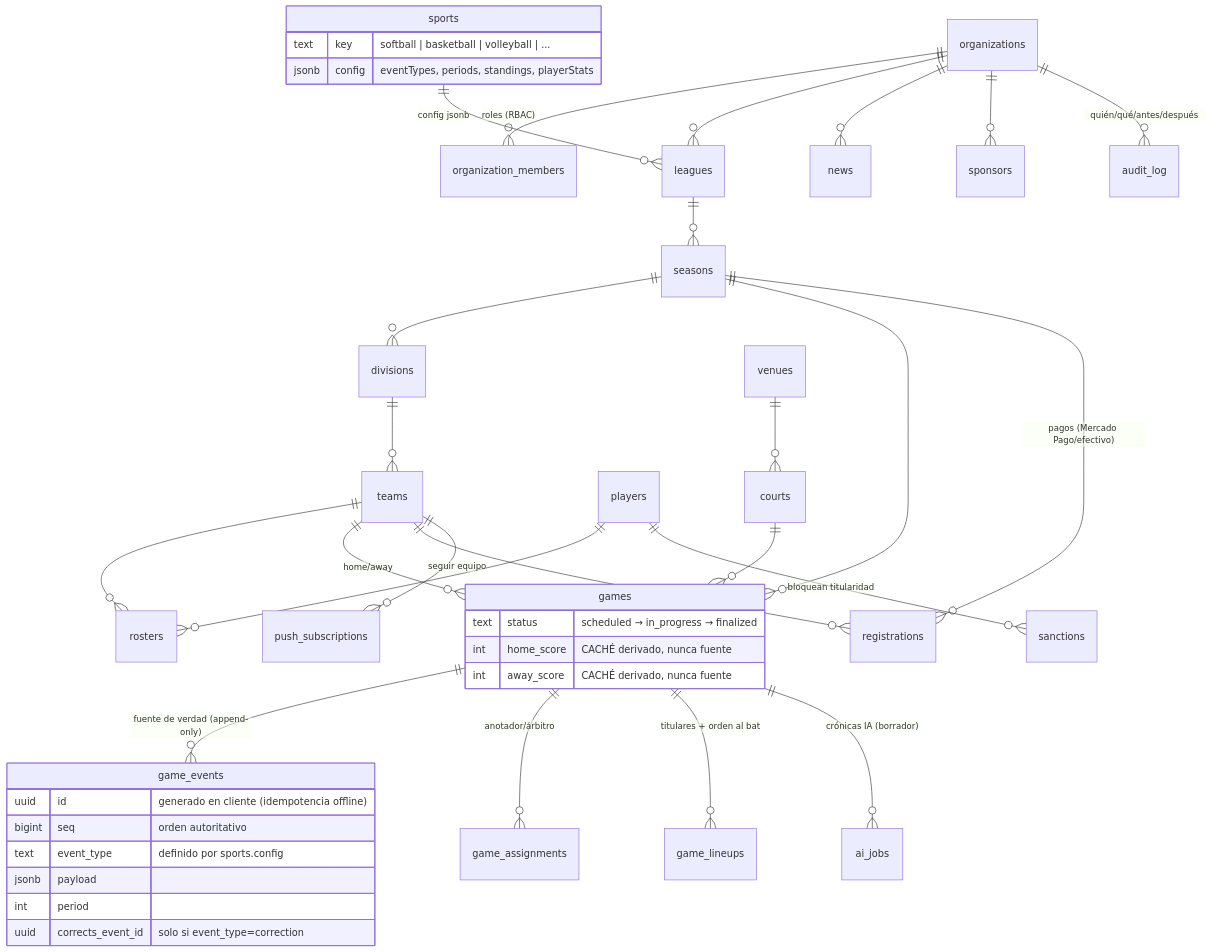
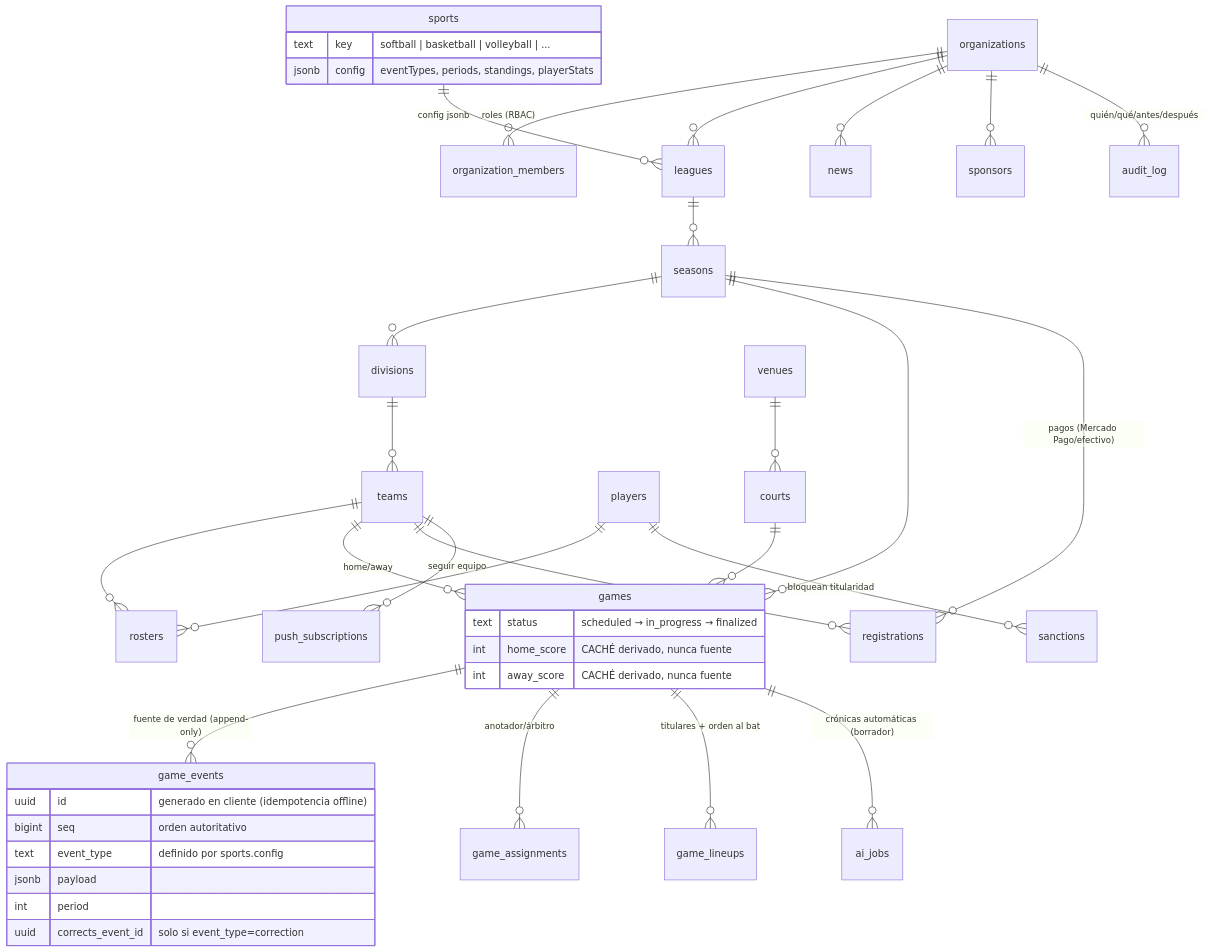
The diagram in README.md (Abdeel57/ALV-SPORT), drawn with Mermaid before and after one commit. The commit also changed other lines of this file and 16 other files, not shown here.

````diff
--- a/README.md
+++ b/README.md
@@ -16,44 +16,44 @@
 ```mermaid
 erDiagram
     organizations ||--o{ organization_members : "roles (RBAC)"
     organizations ||--o{ leagues : ""
     sports ||--o{ leagues : "config jsonb"
     leagues ||--o{ seasons : ""
     seasons ||--o{ divisions : ""
     divisions ||--o{ teams : ""
     teams ||--o{ rosters : ""
     players ||--o{ rosters : ""
     seasons ||--o{ games : ""
     teams ||--o{ games : "home/away"
     games ||--o{ game_events : "fuente de verdad (append-only)"
     games ||--o{ game_assignments : "anotador/árbitro"
     games ||--o{ game_lineups : "titulares + orden al bat"
     seasons ||--o{ registrations : "pagos (Mercado Pago/efectivo)"
     teams ||--o{ registrations : ""
     players ||--o{ sanctions : "bloquean titularidad"
     venues ||--o{ courts : ""
     courts ||--o{ games : ""
     teams ||--o{ push_subscriptions : "seguir equipo"
-    games ||--o{ ai_jobs : "crónicas IA (borrador)"
+    games ||--o{ ai_jobs : "crónicas automáticas (borrador)"
     organizations ||--o{ news : ""
     organizations ||--o{ sponsors : ""
     organizations ||--o{ audit_log : "quién/qué/antes/después"
 
     game_events {
         uuid id "generado en cliente (idempotencia offline)"
         bigint seq "orden autoritativo"
         text event_type "definido por sports.config"
         jsonb payload
         int period
         uuid corrects_event_id "solo si event_type=correction"
     }
     sports {
         text key "softball | basketball | volleyball | ..."
         jsonb config "eventTypes, periods, standings, playerStats"
     }
     games {
         text status "scheduled → in_progress → finalized"
         int home_score "CACHÉ derivado, nunca fuente"
         int away_score "CACHÉ derivado, nunca fuente"
     }
 ```
````
